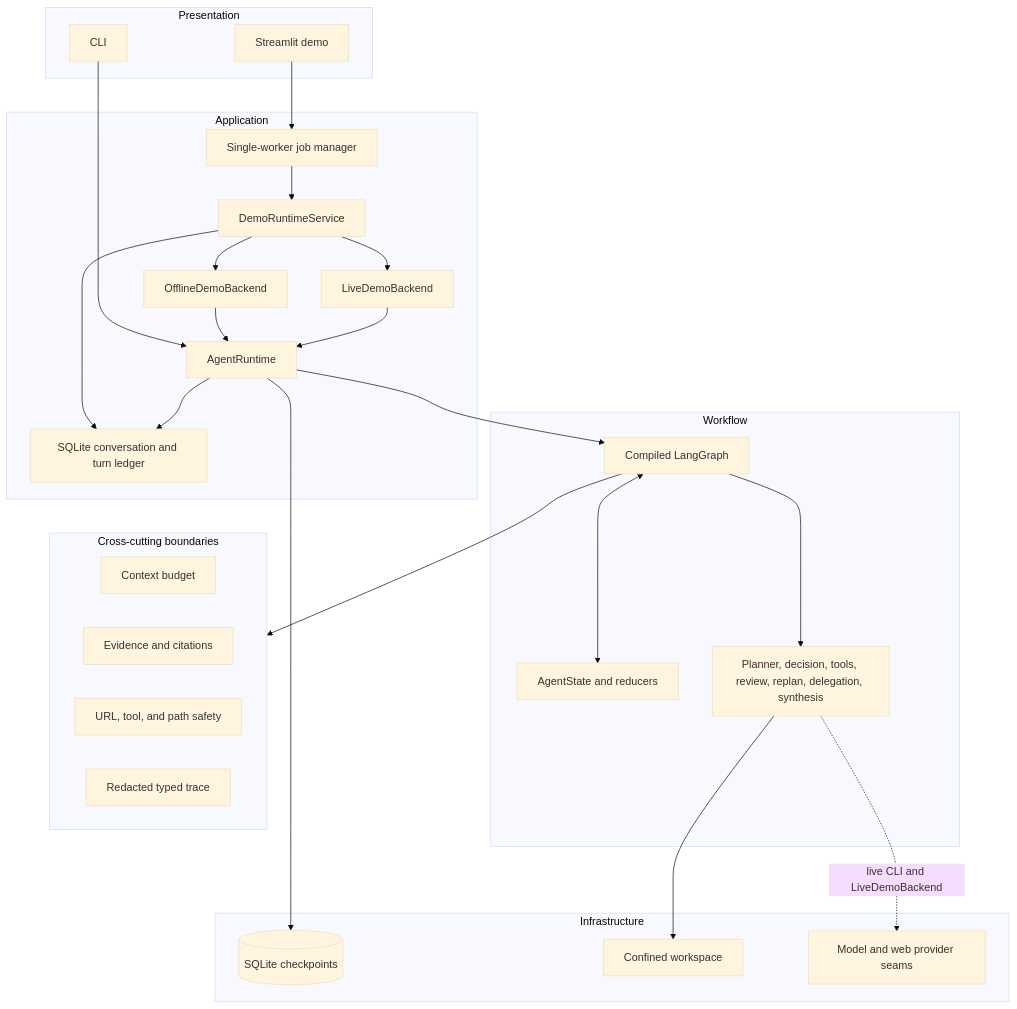
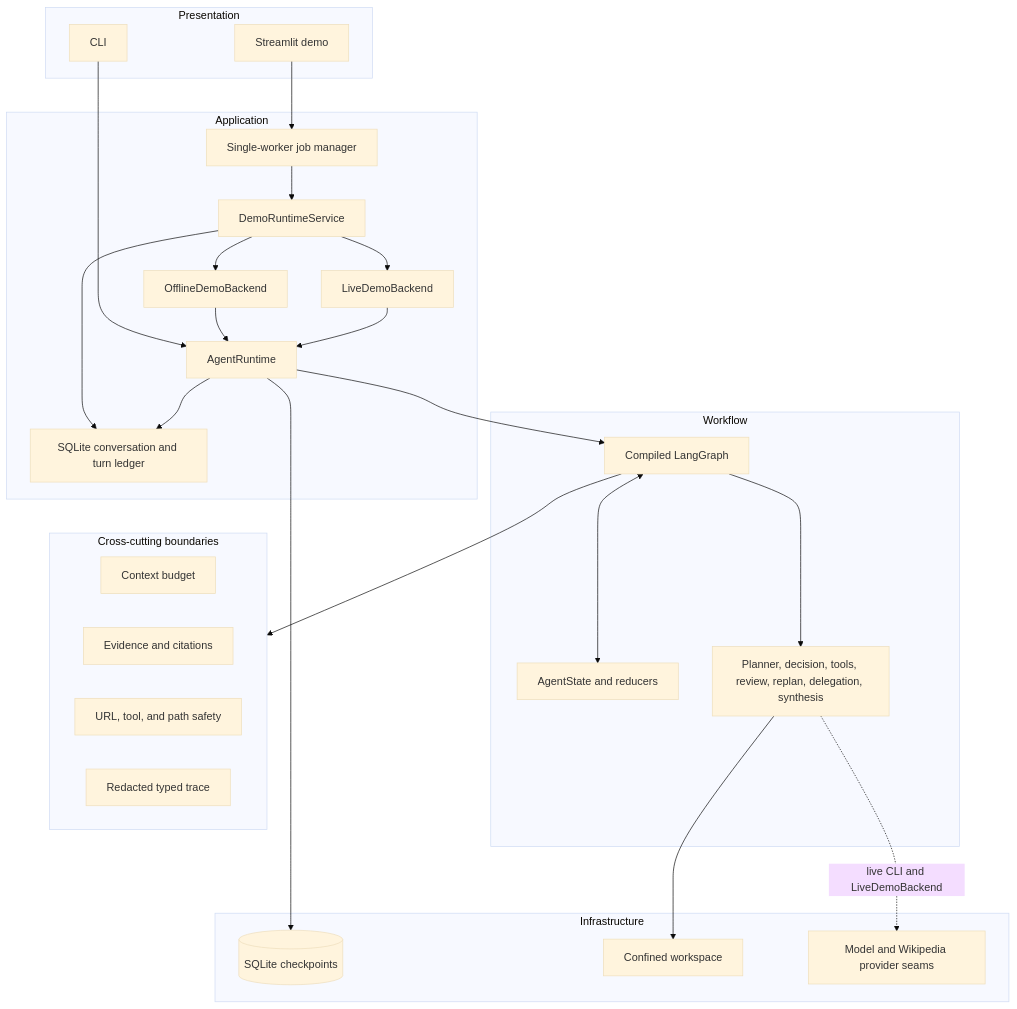
One commit to hhtuann/mini-deerflow changed the first of 3 diagrams in README.md. Above: the diagram before and after it, drawn with Mermaid (base theme). The commit also changed other lines of this file and 62 other files, not shown here.

````diff
--- a/README.md
+++ b/README.md
@@ -75,44 +75,44 @@
 ```mermaid
 flowchart TB
     subgraph Presentation
         CLI[CLI]
         UI[Streamlit demo]
     end
     subgraph Application
         Jobs[Single-worker job manager]
         Service[DemoRuntimeService]
         Conversation[SQLite conversation and turn ledger]
         Live[LiveDemoBackend]
         Offline[OfflineDemoBackend]
         Runtime[AgentRuntime]
     end
     subgraph Workflow
         Graph[Compiled LangGraph]
         State[AgentState and reducers]
         Components[Planner, decision, tools, review, replan, delegation, synthesis]
     end
     subgraph Infrastructure
         DB[(SQLite checkpoints)]
         Workspace[Confined workspace]
-        Providers[Model and web provider seams]
+        Providers[Model and Wikipedia provider seams]
     end
     subgraph CrossCutting[Cross-cutting boundaries]
         Context[Context budget]
         Evidence[Evidence and citations]
         Safety[URL, tool, and path safety]
         Trace[Redacted typed trace]
     end
 
     CLI --> Runtime
     UI --> Jobs --> Service
     Service --> Offline --> Runtime
     Service --> Live --> Runtime
     Service --> Conversation
     Runtime --> Conversation
     Runtime --> Graph <--> State
     Graph --> Components
     Runtime --> DB
     Components --> Workspace
     Components -. live CLI and LiveDemoBackend .-> Providers
     Graph --> CrossCutting
 ```
````
